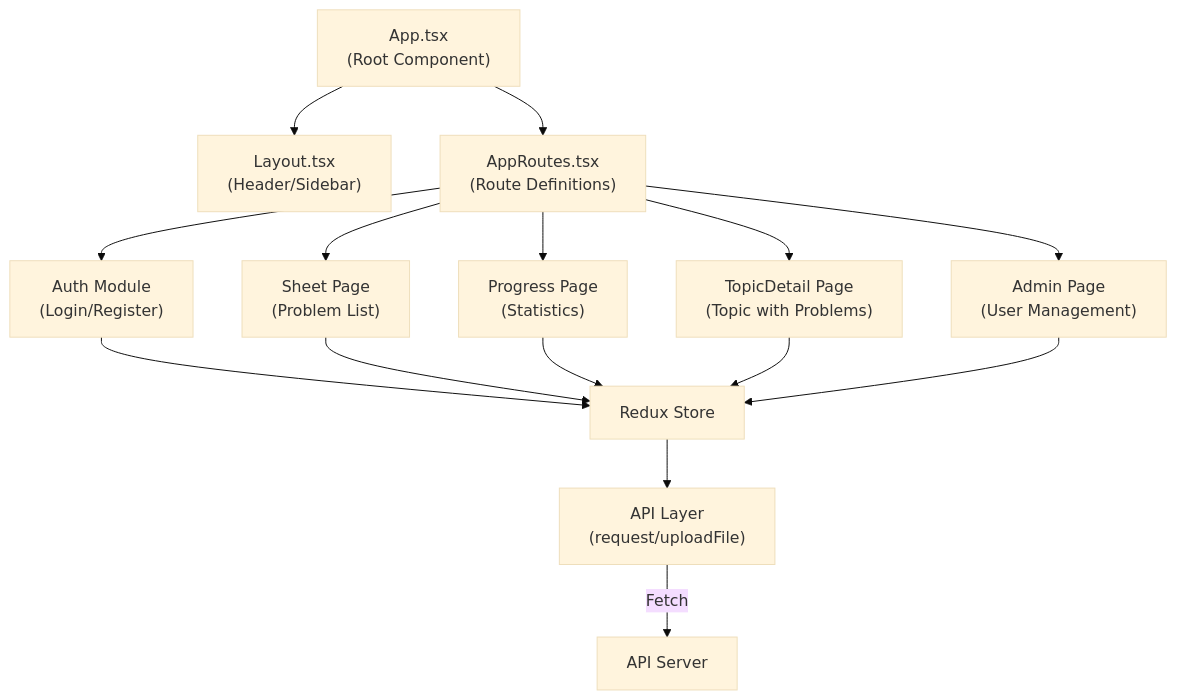
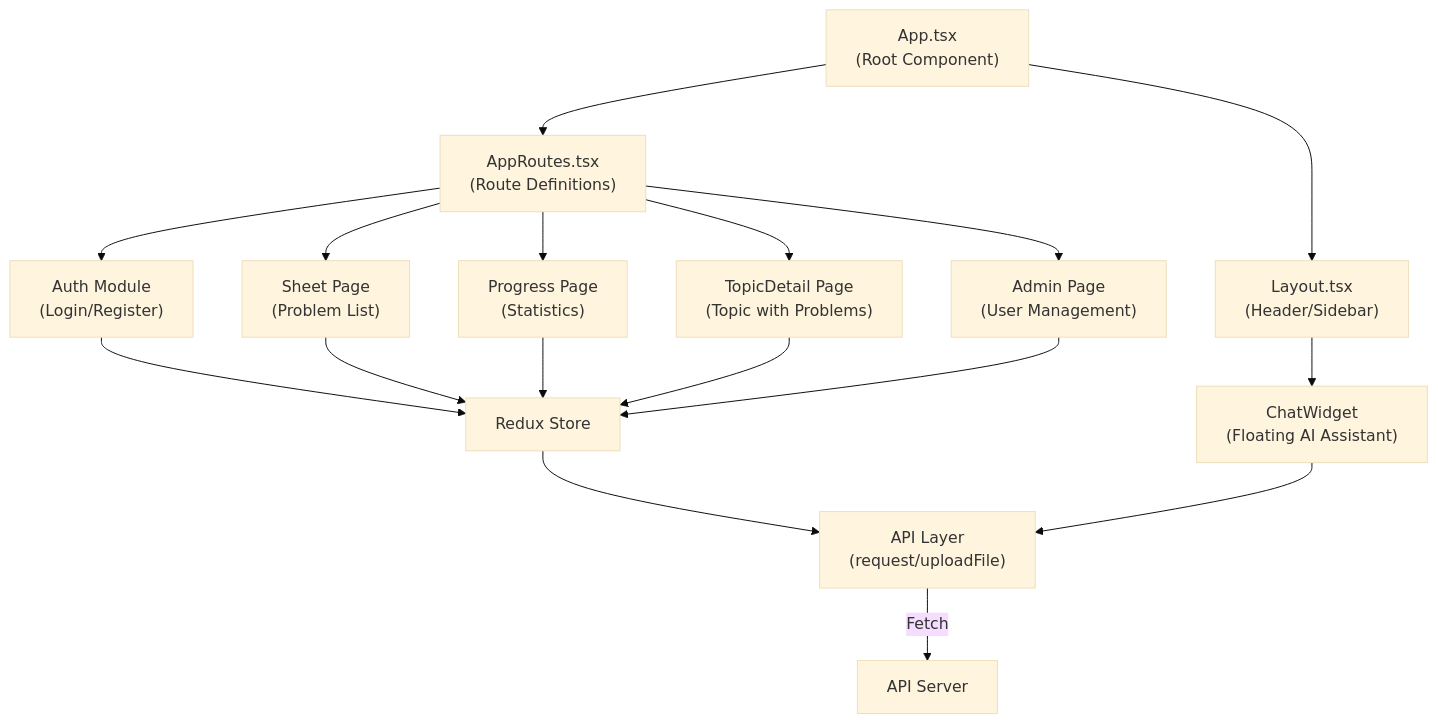
Before and after one commit to tusharb8/dsa_sheet: the seventh of 12 diagrams in HLD.md, drawn with Mermaid (base theme). The commit also changed other lines of this file and 14 other files, not shown here.

````diff
--- a/HLD.md
+++ b/HLD.md
@@ -248,32 +308,35 @@
 ```mermaid
 graph TB
     App["App.tsx<br/>(Root Component)"]
     Layout["Layout.tsx<br/>(Header/Sidebar)"]
     Routes["AppRoutes.tsx<br/>(Route Definitions)"]
     
     Auth["Auth Module<br/>(Login/Register)"]
     Sheet["Sheet Page<br/>(Problem List)"]
     Progress["Progress Page<br/>(Statistics)"]
     Topic["TopicDetail Page<br/>(Topic with Problems)"]
     Admin["Admin Page<br/>(User Management)"]
+    ChatWidget["ChatWidget<br/>(Floating AI Assistant)"]
     
     Store["Redux Store"]
     API["API Layer<br/>(request/uploadFile)"]
     
     App --> Layout
     App --> Routes
     Routes --> Auth
     Routes --> Sheet
     Routes --> Progress
     Routes --> Topic
     Routes --> Admin
+    Layout --> ChatWidget
     
     Auth --> Store
     Sheet --> Store
     Progress --> Store
     Topic --> Store
     Admin --> Store
     
     Store --> API
+    ChatWidget --> API
     API -->|Fetch| Server["API Server"]
 ```
````
